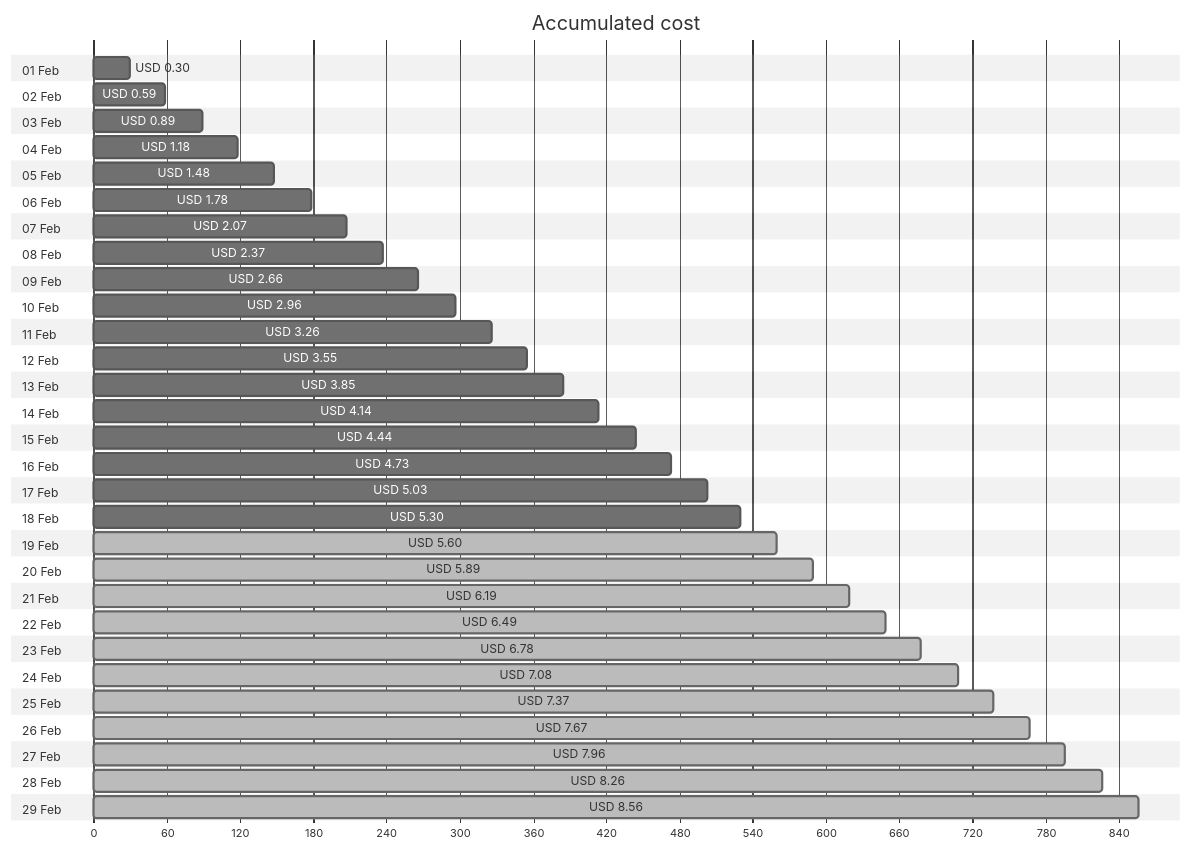
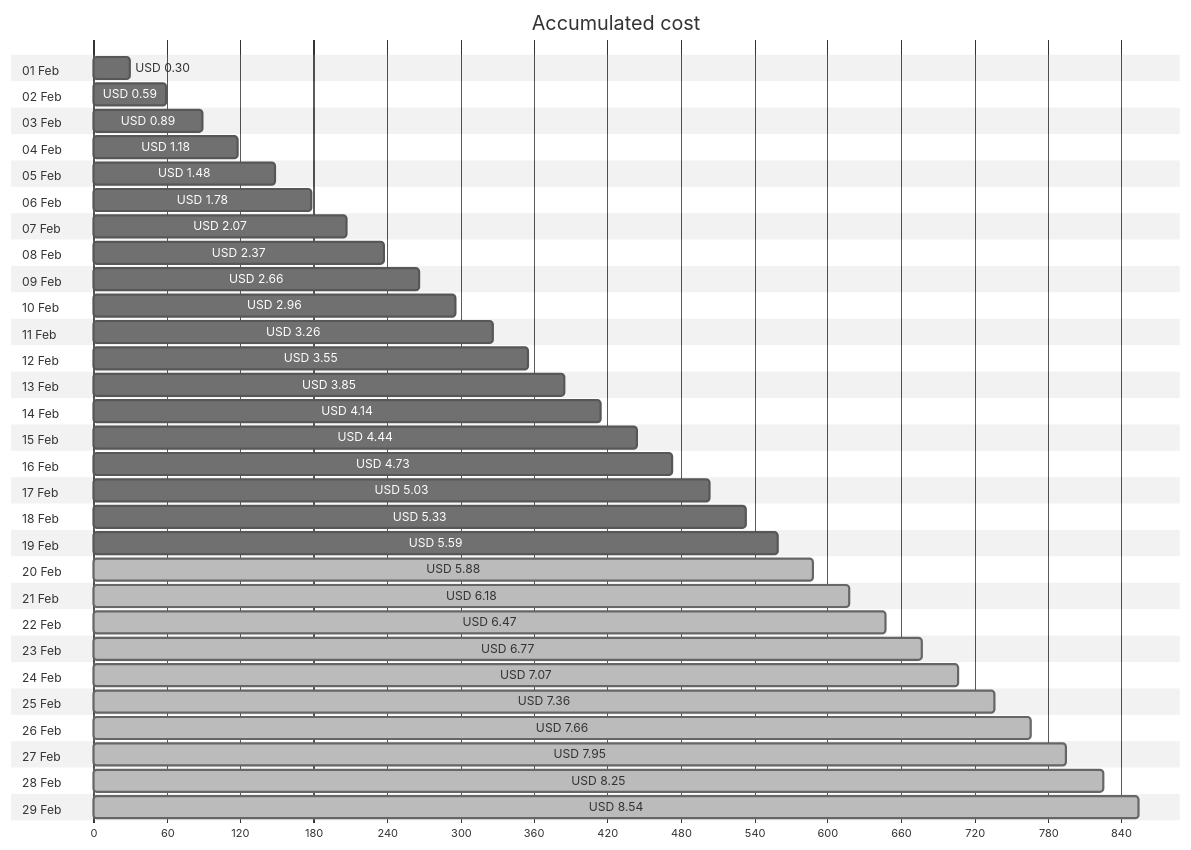
One commit to jpfulton/azure-personal-reports changed the first of 4 diagrams in cost-reports/personal-site/personal-site-preview.md. Above: the diagram before and after it, drawn with Mermaid (neutral theme). The commit also changed other lines of this file and 6 other files, not shown here.

````diff
--- a/cost-reports/personal-site/personal-site-preview.md
+++ b/cost-reports/personal-site/personal-site-preview.md
@@ -20,64 +20,64 @@
 ```mermaid
 gantt
    title Accumulated cost
    dateFormat  X
    axisFormat %s
    section 01 Feb
    USD 0.30 :0, 30
    section 02 Feb
    USD 0.59 :0, 59
    section 03 Feb
    USD 0.89 :0, 89
    section 04 Feb
    USD 1.18 :0, 118
    section 05 Feb
    USD 1.48 :0, 148
    section 06 Feb
    USD 1.78 :0, 178
    section 07 Feb
    USD 2.07 :0, 207
    section 08 Feb
    USD 2.37 :0, 237
    section 09 Feb
    USD 2.66 :0, 266
    section 10 Feb
    USD 2.96 :0, 296
    section 11 Feb
    USD 3.26 :0, 326
    section 12 Feb
    USD 3.55 :0, 355
    section 13 Feb
    USD 3.85 :0, 385
    section 14 Feb
    USD 4.14 :0, 414
    section 15 Feb
    USD 4.44 :0, 444
    section 16 Feb
    USD 4.73 :0, 473
    section 17 Feb
    USD 5.03 :0, 503
    section 18 Feb
-   USD 5.30 :0, 530
+   USD 5.33 :0, 533
    section 19 Feb
-   USD 5.60 : done, 0, 560
+   USD 5.59 :0, 559
    section 20 Feb
-   USD 5.89 : done, 0, 589
+   USD 5.88 : done, 0, 588
    section 21 Feb
-   USD 6.19 : done, 0, 619
+   USD 6.18 : done, 0, 618
    section 22 Feb
-   USD 6.49 : done, 0, 649
+   USD 6.47 : done, 0, 647
    section 23 Feb
-   USD 6.78 : done, 0, 678
+   USD 6.77 : done, 0, 677
    section 24 Feb
-   USD 7.08 : done, 0, 708
+   USD 7.07 : done, 0, 707
    section 25 Feb
-   USD 7.37 : done, 0, 737
+   USD 7.36 : done, 0, 736
    section 26 Feb
-   USD 7.67 : done, 0, 767
+   USD 7.66 : done, 0, 766
    section 27 Feb
-   USD 7.96 : done, 0, 796
+   USD 7.95 : done, 0, 795
    section 28 Feb
-   USD 8.26 : done, 0, 826
+   USD 8.25 : done, 0, 825
    section 29 Feb
-   USD 8.56 : done, 0, 856
+   USD 8.54 : done, 0, 854
 ```
````
